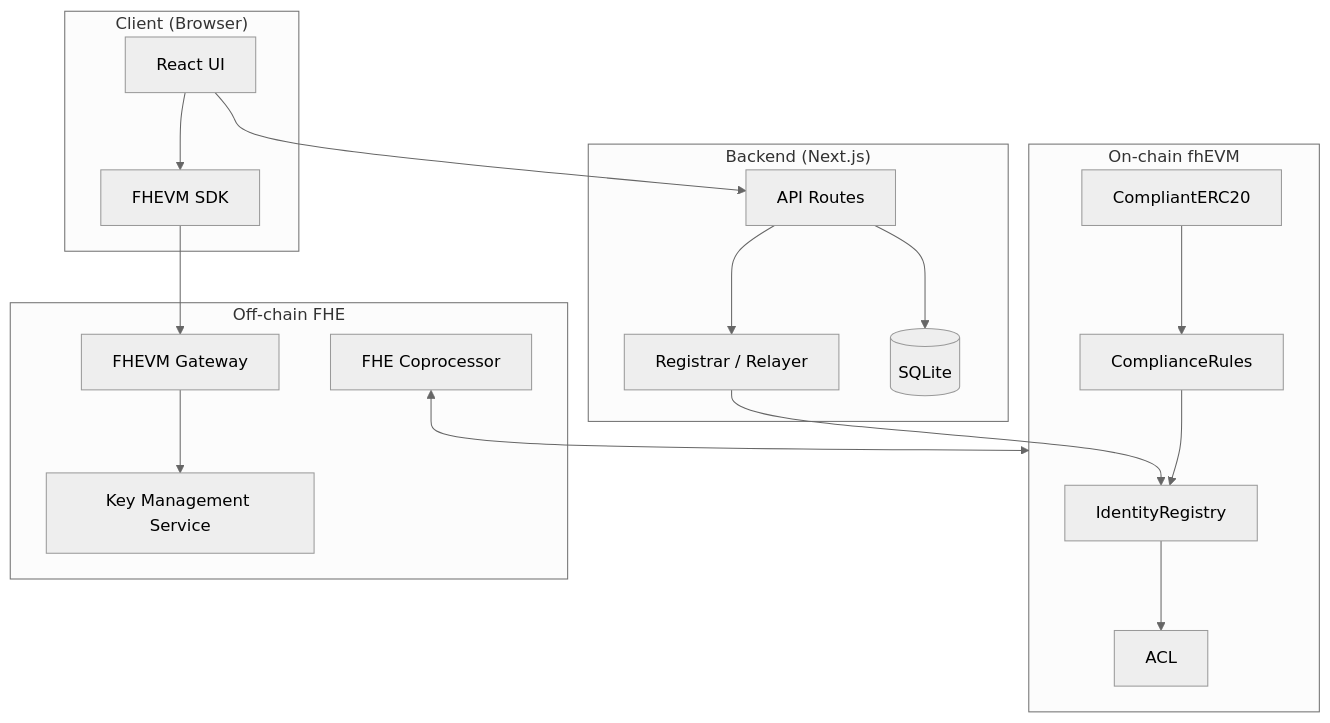
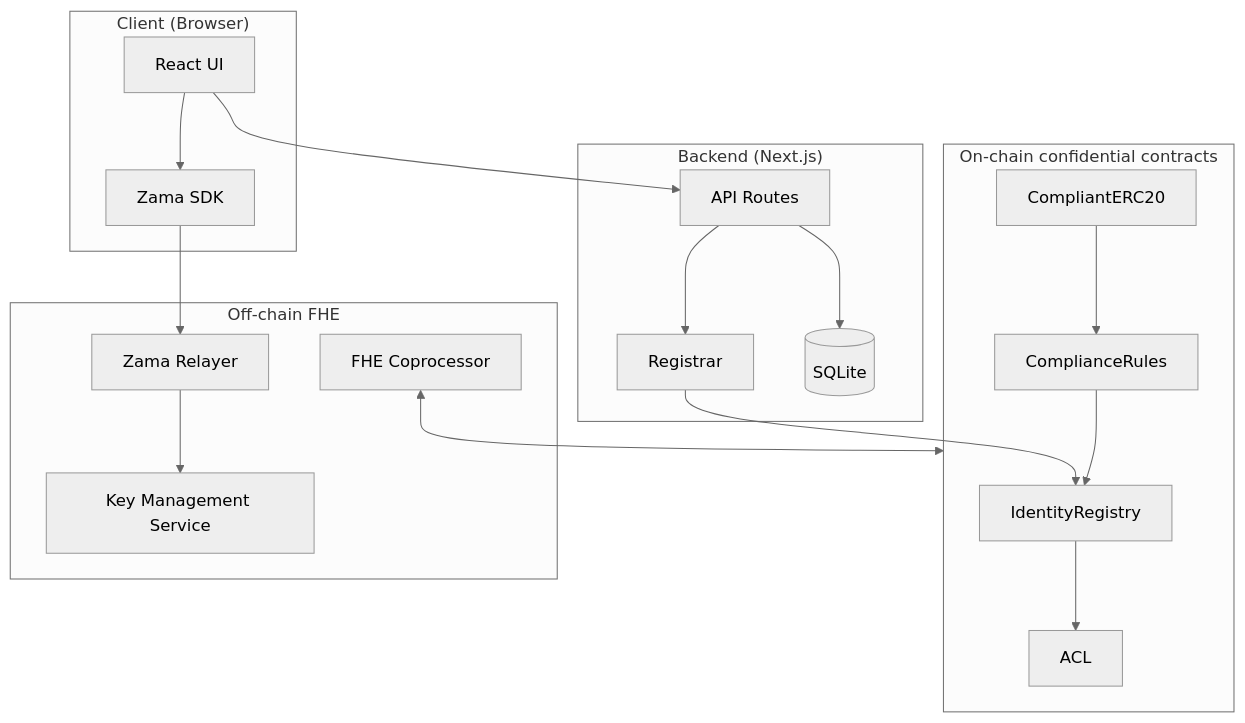
One commit to gustavovalverde/zentity changed the fourth of 9 diagrams in docs/(architecture)/web3-architecture.md. Above: the diagram before and after it, drawn with Mermaid (neutral theme). The commit also changed other lines of this file and 87 other files, not shown here.

````diff
--- a/docs/(architecture)/web3-architecture.md
+++ b/docs/(architecture)/web3-architecture.md
@@ -235,38 +235,38 @@
 ```mermaid
 graph TB
   subgraph Client["Client (Browser)"]
     UI[React UI]
-    SDK[FHEVM SDK]
+    SDK[Zama SDK]
   end
 
   subgraph Backend["Backend (Next.js)"]
     API[API Routes]
-    REG[Registrar / Relayer]
+    REG[Registrar]
     DB[(SQLite)]
   end
 
-  subgraph Chain["On-chain fhEVM"]
+  subgraph Chain["On-chain confidential contracts"]
     IR[IdentityRegistry]
     ACL[ACL]
     CR[ComplianceRules]
     ERC[CompliantERC20]
   end
 
   subgraph OffChain["Off-chain FHE"]
-    GW[FHEVM Gateway]
+    GW[Zama Relayer]
     KMS[Key Management Service]
     FHE[FHE Coprocessor]
   end
 
   UI --> SDK
   UI --> API
   API --> REG
   API --> DB
   REG --> IR
   IR --> ACL
   CR --> IR
   ERC --> CR
   SDK --> GW
   GW --> KMS
   FHE <--> Chain
 ```
````
